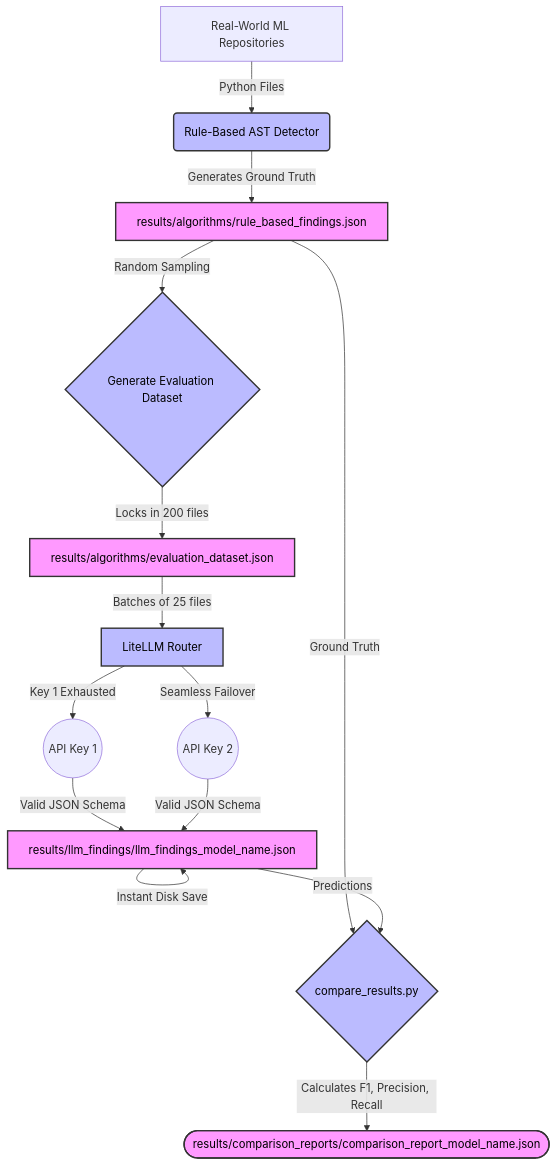
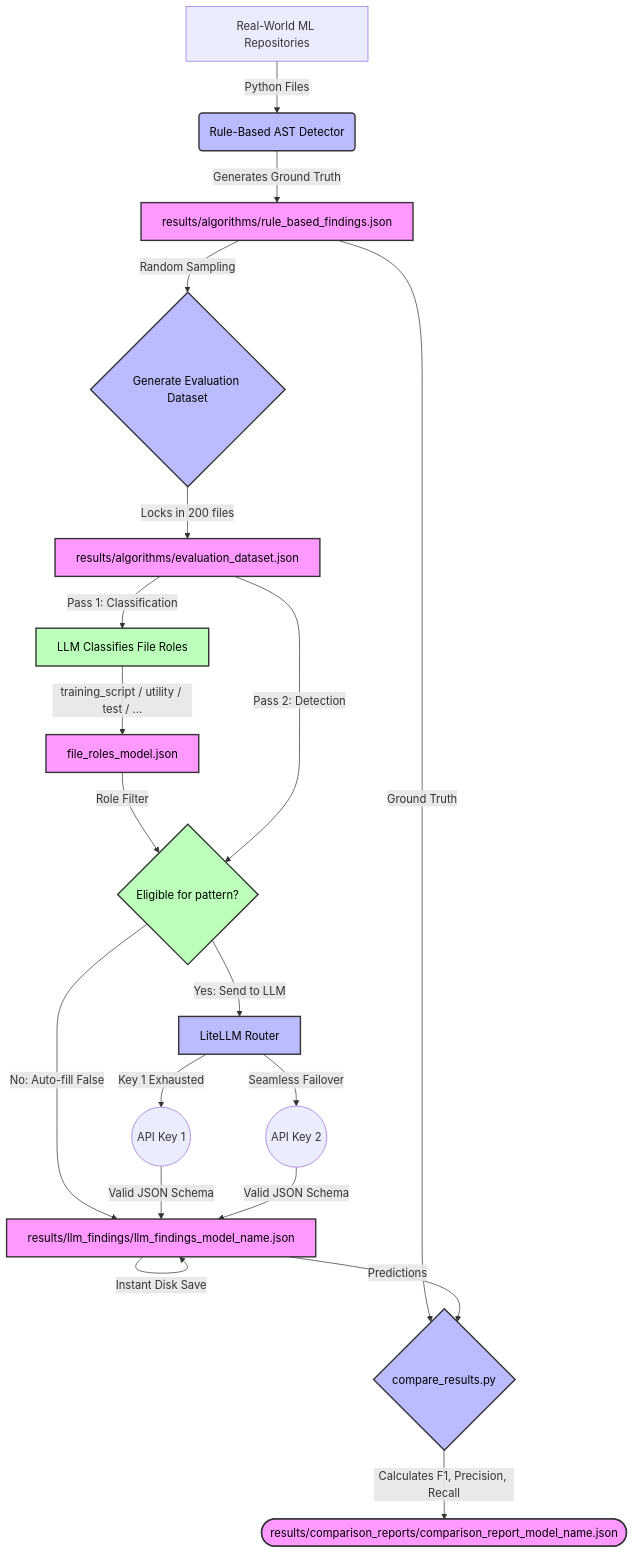
The diagram in README.md (Supl3x/AlgoDebt), drawn with Mermaid before and after one commit. The commit also changed other lines of this file and 5 other files, not shown here.

Commit message:
feat: Implement File-Role Classification Pre-Filter (Two-pass architecture)

````diff
--- a/README.md
+++ b/README.md
@@ -33,26 +33,35 @@
 ```mermaid
 graph TD
-    A[Real-World ML Repositories] -->|Python Files| B(Rule-Based AST Detector)
-    B -->|Generates Ground Truth| C[results/algorithms/rule_based_findings.json]
+    A["Real-World ML Repositories"] -->|Python Files| B(Rule-Based AST Detector)
+    B -->|Generates Ground Truth| C["results/algorithms/rule_based_findings.json"]
     
     C -->|Random Sampling| D{Generate Evaluation Dataset}
-    D -->|Locks in 200 files| E[results/algorithms/evaluation_dataset.json]
+    D -->|Locks in 200 files| E["results/algorithms/evaluation_dataset.json"]
     
-    E -->|Batches of 25 files| F[LiteLLM Router]
+    E -->|"Pass 1: Classification"| CL["LLM Classifies File Roles"]
+    CL -->|"training_script / utility / test / ..."| RF["file_roles_model.json"]
+    
+    RF -->|Role Filter| FLT{"Eligible for pattern?"}
+    E -->|"Pass 2: Detection"| FLT
+    
+    FLT -->|"Yes: Send to LLM"| F[LiteLLM Router]
+    FLT -->|"No: Auto-fill False"| H
     
     F -->|Key 1 Exhausted| G1((API Key 1))
     F -->|Seamless Failover| G2((API Key 2))
     
-    G1 & G2 -->|Valid JSON Schema| H[results/llm_findings/llm_findings_model_name.json]
+    G1 & G2 -->|Valid JSON Schema| H["results/llm_findings/llm_findings_model_name.json"]
     H -->|Instant Disk Save| H
     
     C -->|Ground Truth| I{compare_results.py}
     H -->|Predictions| I
     
-    I -->|Calculates F1, Precision, Recall| J([results/comparison_reports/comparison_report_model_name.json])
+    I -->|Calculates F1, Precision, Recall| J(["results/comparison_reports/comparison_report_model_name.json"])
     
     classDef file fill:#f9f,stroke:#333,stroke-width:2px,color:#000;
     classDef script fill:#bbf,stroke:#333,stroke-width:2px,color:#000;
-    class C,E,H,J file;
+    classDef classify fill:#bfb,stroke:#333,stroke-width:2px,color:#000;
+    class C,E,H,J,RF file;
     class B,D,F,I script;
+    class CL,FLT classify;
 ```
````
